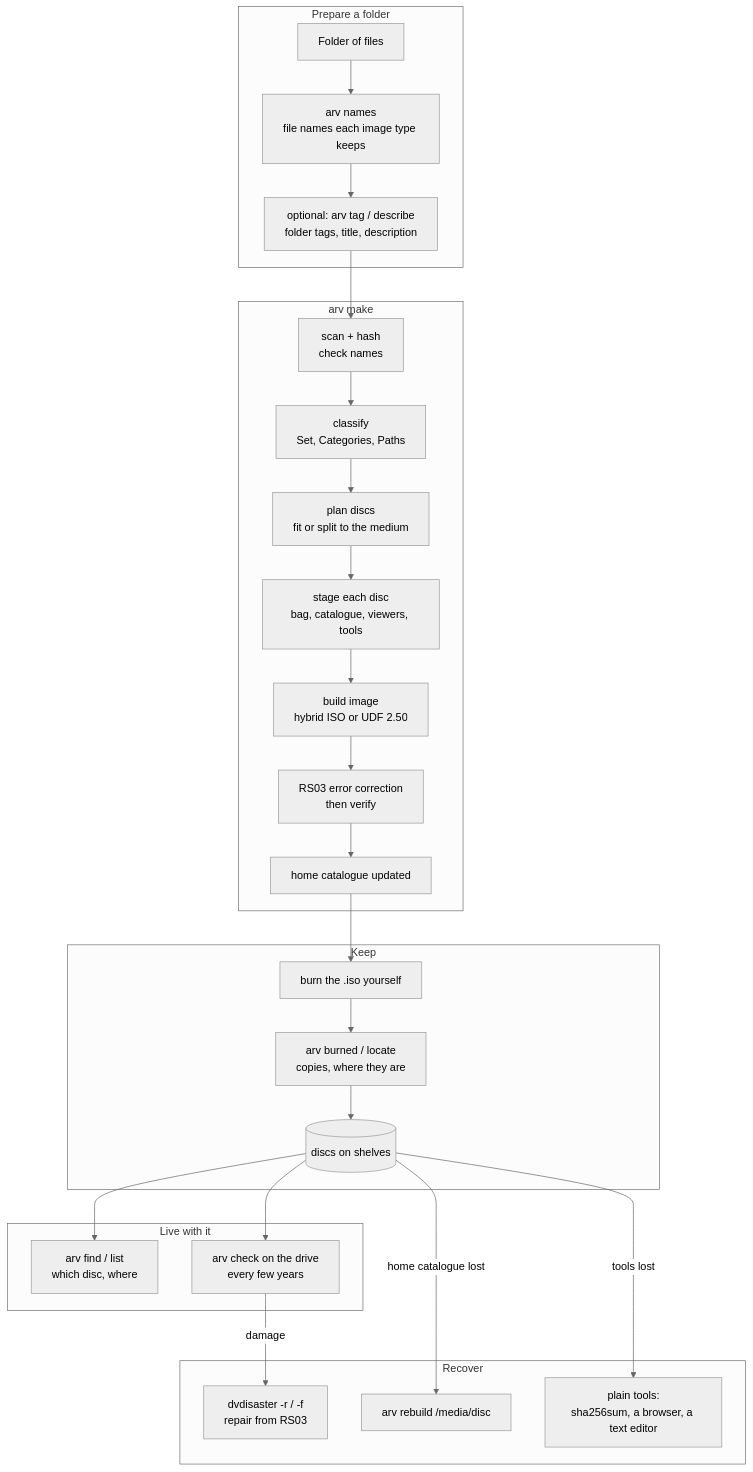
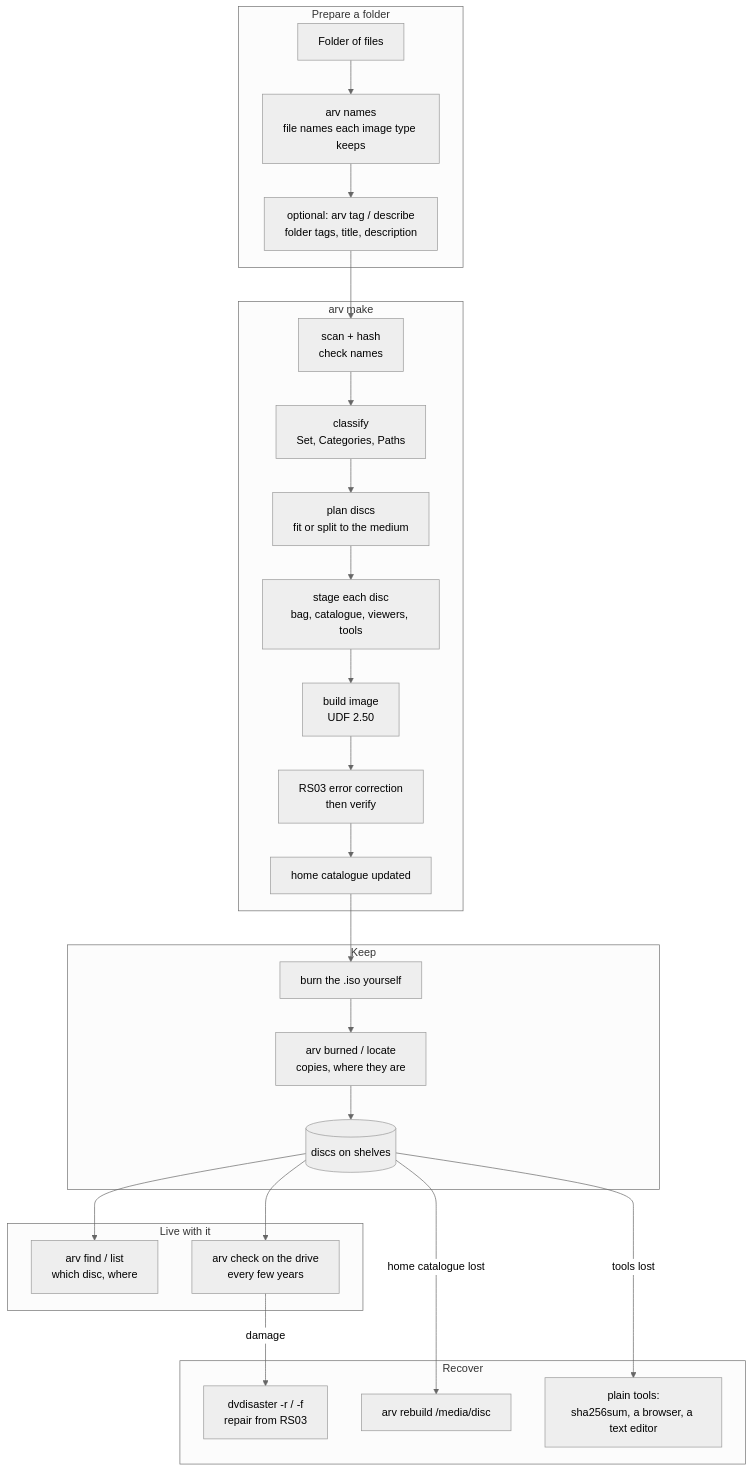
One commit to mofosyne/arv changed the diagram in docs/workflow.md. Above: the diagram before and after it, drawn with Mermaid (neutral theme). The commit also changed other lines of this file and 30 other files, not shown here.

````diff
--- a/docs/workflow.md
+++ b/docs/workflow.md
@@ -14,30 +14,30 @@
 ```mermaid
 flowchart TD
     subgraph prepare [Prepare a folder]
         A[Folder of files] --> N[arv names<br/>file names each image type keeps]
         N --> T[optional: arv tag / describe<br/>folder tags, title, description]
     end
     subgraph make [arv make]
         T --> M1[scan + hash<br/>check names]
         M1 --> M2[classify<br/>Set, Categories, Paths]
         M2 --> M3[plan discs<br/>fit or split to the medium]
         M3 --> M4[stage each disc<br/>bag, catalogue, viewers, tools]
-        M4 --> M5[build image<br/>hybrid ISO or UDF 2.50]
+        M4 --> M5[build image<br/>UDF 2.50]
         M5 --> M6[RS03 error correction<br/>then verify]
         M6 --> M7[home catalogue updated]
     end
     subgraph keep [Keep]
         M7 --> B[burn the .iso yourself]
         B --> R[arv burned / locate<br/>copies, where they are]
         R --> S[(discs on shelves)]
     end
     subgraph live [Live with it]
         S --> F[arv find / list<br/>which disc, where]
         S --> C[arv check on the drive<br/>every few years]
     end
     subgraph recover [Recover]
         C -- damage --> D[dvdisaster -r / -f<br/>repair from RS03]
         S -- home catalogue lost --> RB[arv rebuild /media/disc]
         S -- tools lost --> P[plain tools:<br/>sha256sum, a browser, a text editor]
     end
 ```
````
